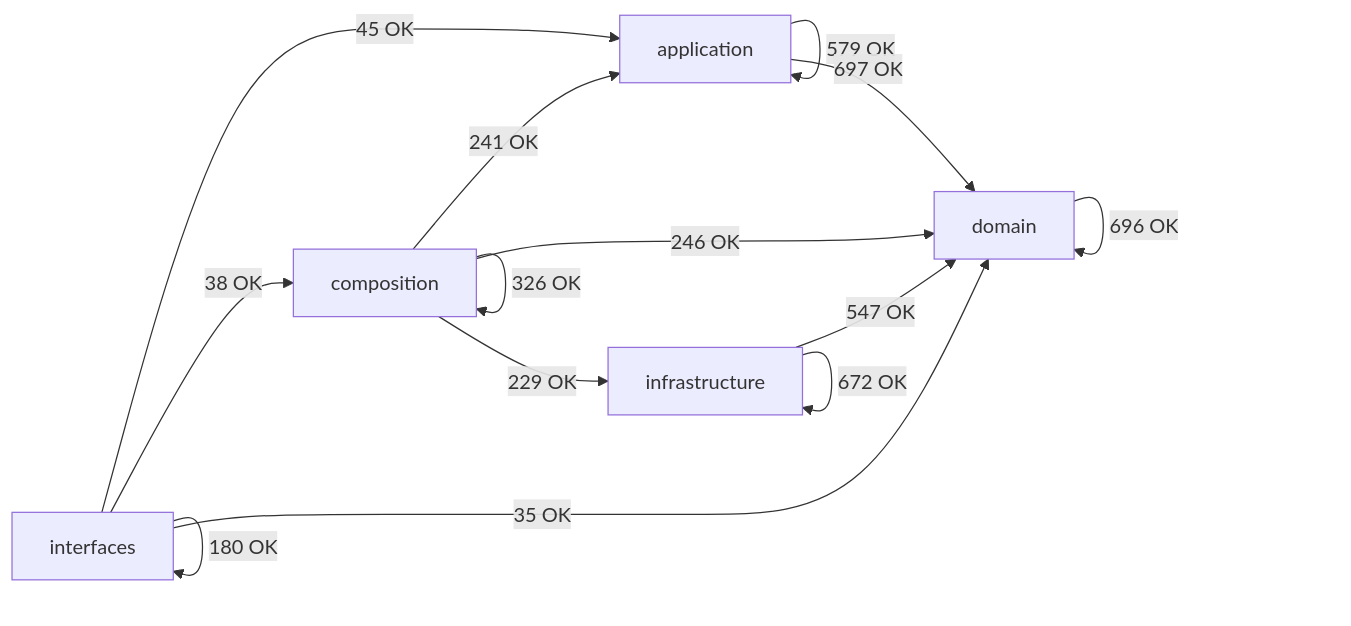
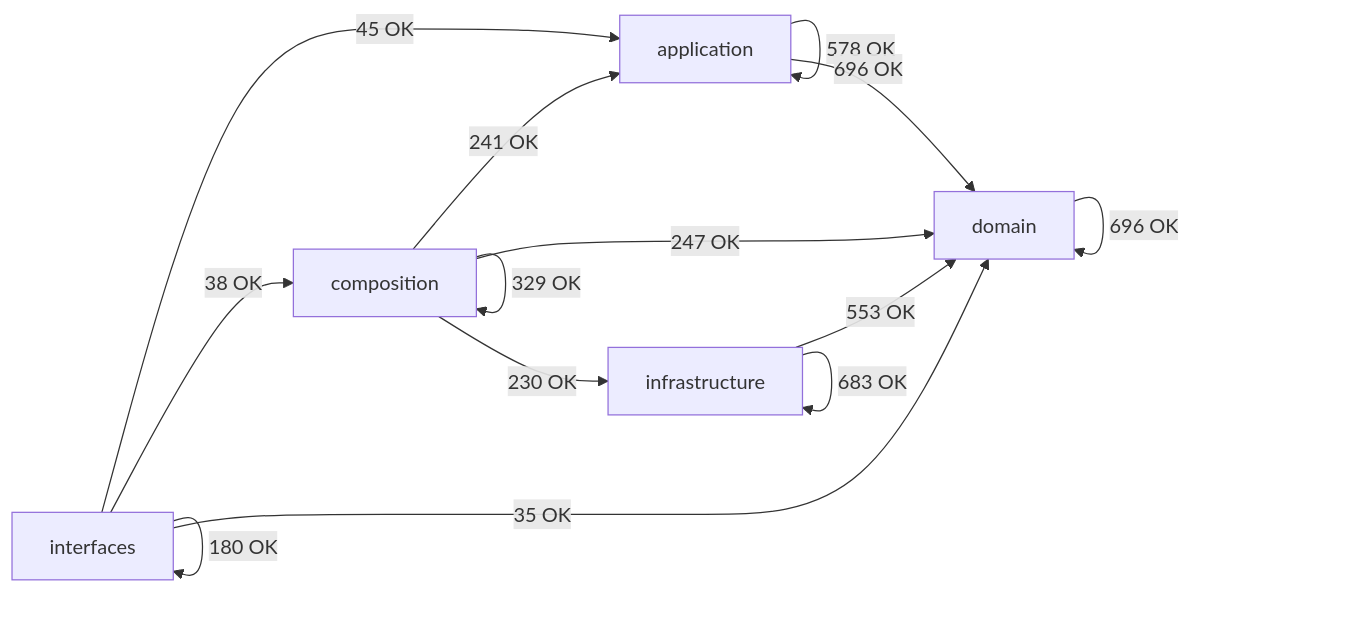
Before and after one commit to SatoryKono/BioactivityDataAcquisition: the diagram in docs/02-architecture/generated/module-dependency-map.md, drawn with Mermaid. The commit also changed other lines of this file and 40 other files, not shown here.

````diff
--- a/docs/02-architecture/generated/module-dependency-map.md
+++ b/docs/02-architecture/generated/module-dependency-map.md
@@ -18,21 +16,21 @@
 ```mermaid
 flowchart LR
     domain[domain]
     application[application]
     infrastructure[infrastructure]
     composition[composition]
     interfaces[interfaces]
-    application -->|579 OK| application
-    application -->|697 OK| domain
+    application -->|578 OK| application
+    application -->|696 OK| domain
     composition -->|241 OK| application
-    composition -->|326 OK| composition
-    composition -->|246 OK| domain
-    composition -->|229 OK| infrastructure
+    composition -->|329 OK| composition
+    composition -->|247 OK| domain
+    composition -->|230 OK| infrastructure
     domain -->|696 OK| domain
-    infrastructure -->|547 OK| domain
-    infrastructure -->|672 OK| infrastructure
+    infrastructure -->|553 OK| domain
+    infrastructure -->|683 OK| infrastructure
     interfaces -->|45 OK| application
     interfaces -->|38 OK| composition
     interfaces -->|35 OK| domain
     interfaces -->|180 OK| interfaces
 ```
````
